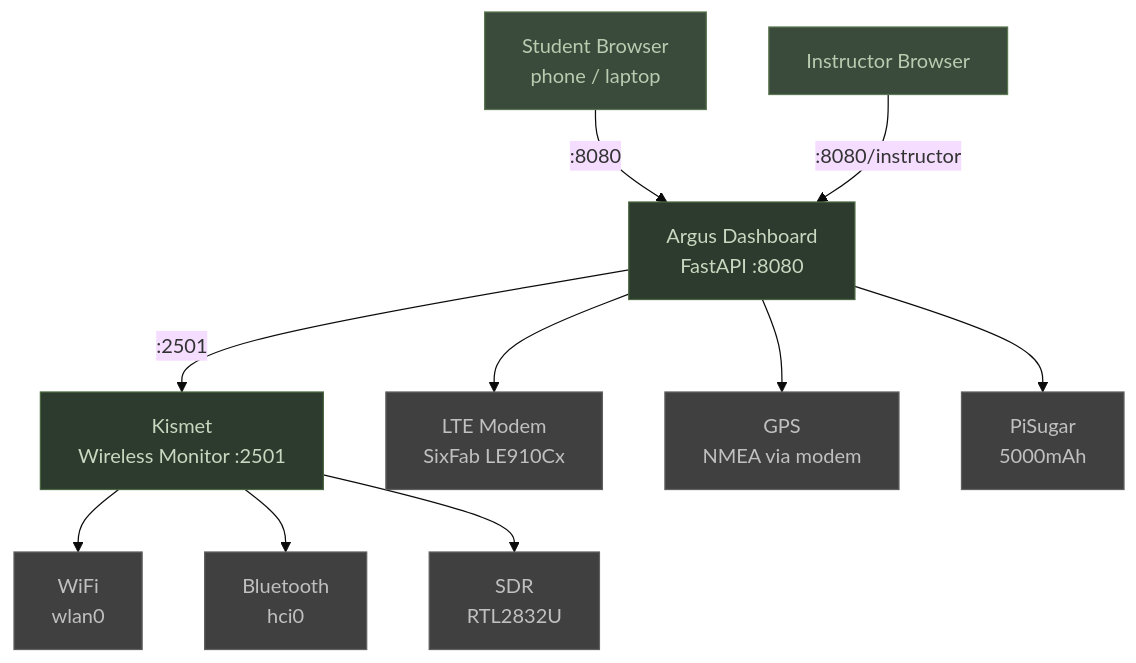
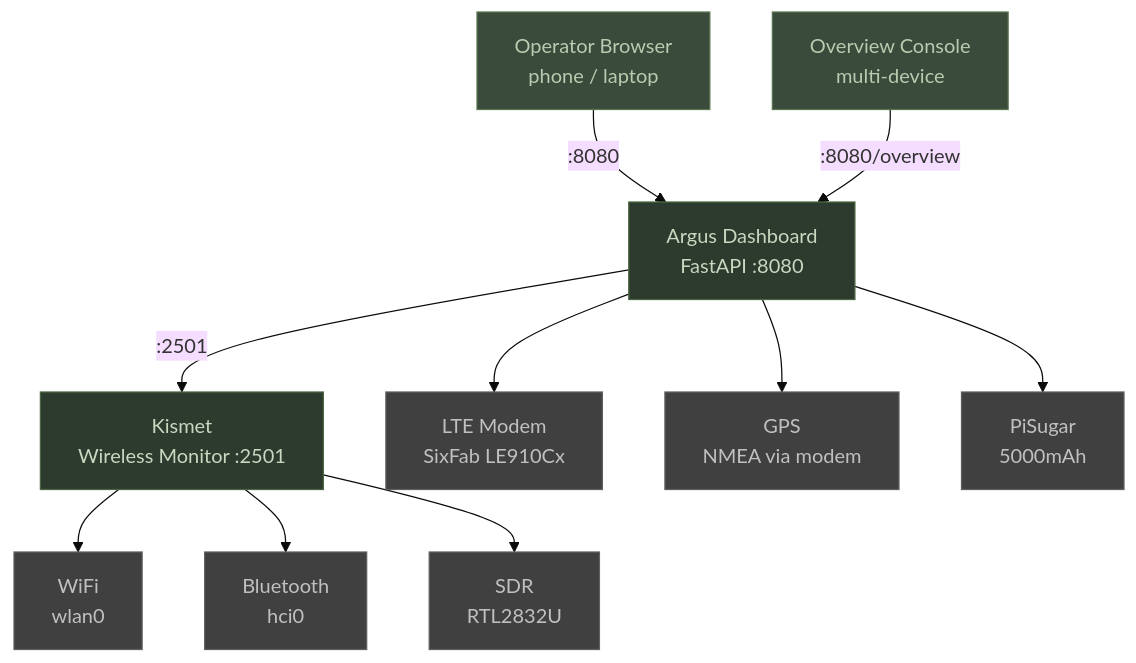
Before and after one commit to rmeadomavic/Argus: the first of 2 diagrams in README.md, drawn with Mermaid (base theme). The commit also changed other lines of this file and 42 other files, not shown here.

````diff
--- a/README.md
+++ b/README.md
@@ -13,34 +13,34 @@
 ```mermaid
 graph TD
-    Browser["Student Browser<br/>phone / laptop"]
-    Instructor["Instructor Browser"]
+    Operator["Operator Browser<br/>phone / laptop"]
+    Overview["Overview Console<br/>multi-device"]
     Dashboard["Argus Dashboard<br/>FastAPI :8080"]
     Kismet["Kismet<br/>Wireless Monitor :2501"]
     WiFi["WiFi<br/>wlan0"]
     BT["Bluetooth<br/>hci0"]
     SDR["SDR<br/>RTL2832U"]
     LTE["LTE Modem<br/>SixFab LE910Cx"]
     GPS["GPS<br/>NMEA via modem"]
     Battery["PiSugar<br/>5000mAh"]
 
-    Browser -- ":8080" --> Dashboard
-    Instructor -- ":8080/instructor" --> Dashboard
+    Operator -- ":8080" --> Dashboard
+    Overview -- ":8080/overview" --> Dashboard
     Dashboard -- ":2501" --> Kismet
     Kismet --> WiFi
     Kismet --> BT
     Kismet --> SDR
     Dashboard --> LTE
     Dashboard --> GPS
     Dashboard --> Battery
 
-    style Browser fill:#3a4a3b,color:#b8ccb0,stroke:#5a7751
-    style Instructor fill:#3a4a3b,color:#b8ccb0,stroke:#5a7751
+    style Operator fill:#3a4a3b,color:#b8ccb0,stroke:#5a7751
+    style Overview fill:#3a4a3b,color:#b8ccb0,stroke:#5a7751
     style Dashboard fill:#2d3a2e,color:#c8d8c0,stroke:#4a6741
     style Kismet fill:#2d3a2e,color:#c8d8c0,stroke:#4a6741
     style WiFi fill:#404040,color:#c0c0c0,stroke:#606060
     style BT fill:#404040,color:#c0c0c0,stroke:#606060
     style SDR fill:#404040,color:#c0c0c0,stroke:#606060
     style LTE fill:#404040,color:#c0c0c0,stroke:#606060
     style GPS fill:#404040,color:#c0c0c0,stroke:#606060
     style Battery fill:#404040,color:#c0c0c0,stroke:#606060
 ```
````
